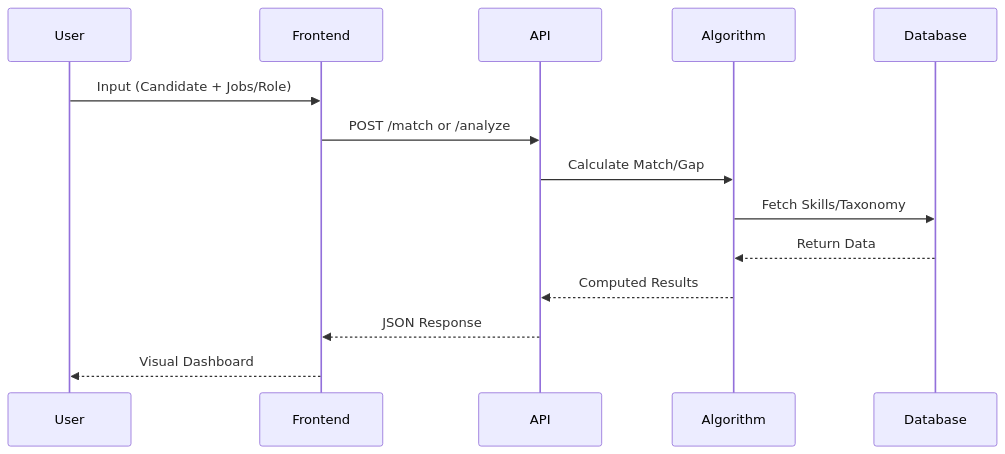
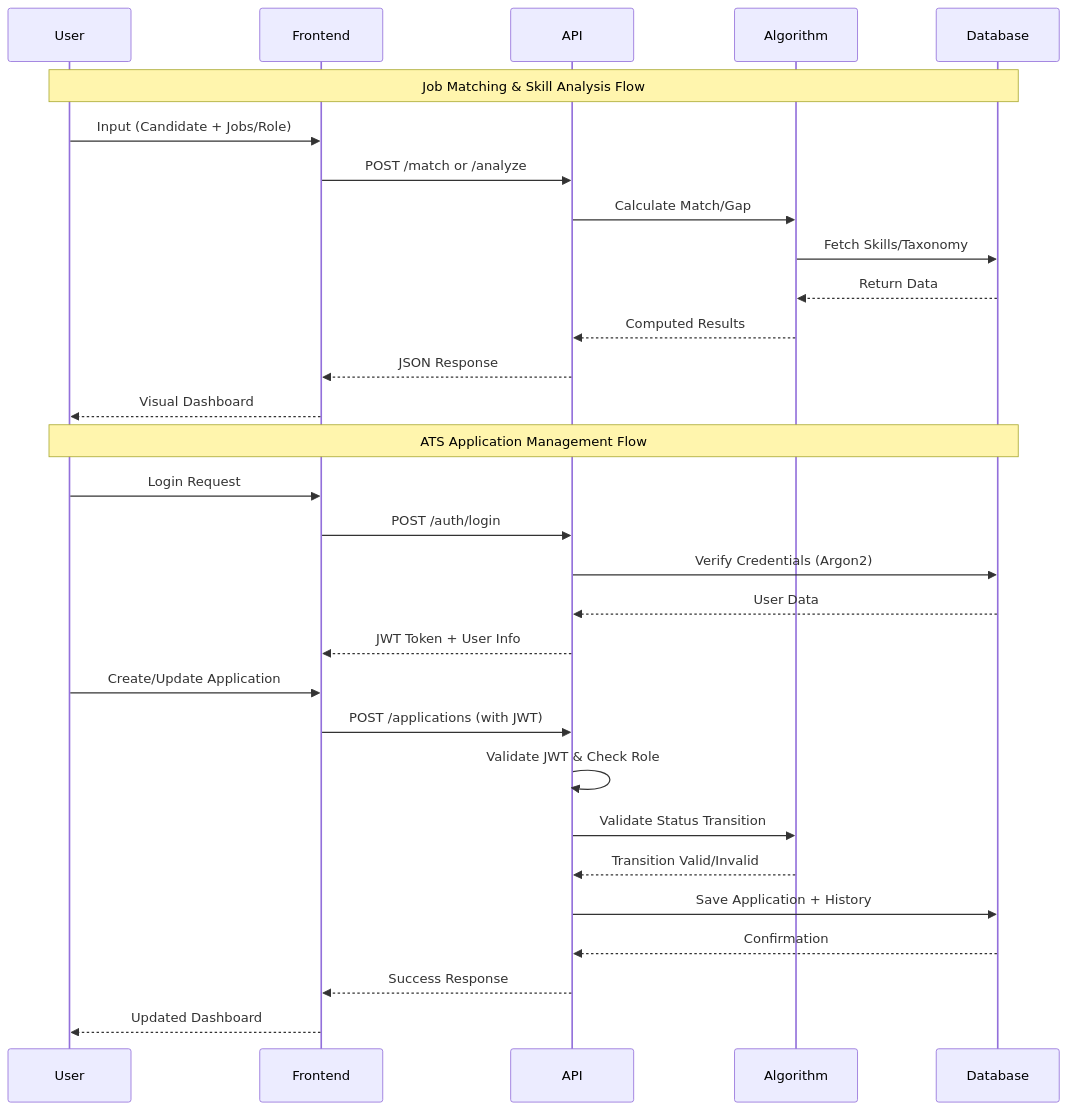
Before and after one commit to AgroKING/Performatives: the sixth of 6 diagrams in README.md, drawn with Mermaid. The commit also changed other lines of this file, not shown here.

Commit message:
Update architecture diagrams to include prob-4 ATS API - Added prob-4 to System Overview with Security Layer and updated Data Flow with authentication and application management flows

````diff
--- a/README.md
+++ b/README.md
@@ -311,17 +329,35 @@
 ```mermaid
 sequenceDiagram
     participant User
     participant Frontend
     participant API
     participant Algorithm
     participant Database
     
+    Note over User,Database: Job Matching & Skill Analysis Flow
     User->>Frontend: Input (Candidate + Jobs/Role)
     Frontend->>API: POST /match or /analyze
     API->>Algorithm: Calculate Match/Gap
     Algorithm->>Database: Fetch Skills/Taxonomy
     Database-->>Algorithm: Return Data
     Algorithm-->>API: Computed Results
     API-->>Frontend: JSON Response
     Frontend-->>User: Visual Dashboard
+    
+    Note over User,Database: ATS Application Management Flow
+    User->>Frontend: Login Request
+    Frontend->>API: POST /auth/login
+    API->>Database: Verify Credentials (Argon2)
+    Database-->>API: User Data
+    API-->>Frontend: JWT Token + User Info
+    
+    User->>Frontend: Create/Update Application
+    Frontend->>API: POST /applications (with JWT)
+    API->>API: Validate JWT & Check Role
+    API->>Algorithm: Validate Status Transition
+    Algorithm-->>API: Transition Valid/Invalid
+    API->>Database: Save Application + History
+    Database-->>API: Confirmation
+    API-->>Frontend: Success Response
+    Frontend-->>User: Updated Dashboard
 ```
````
